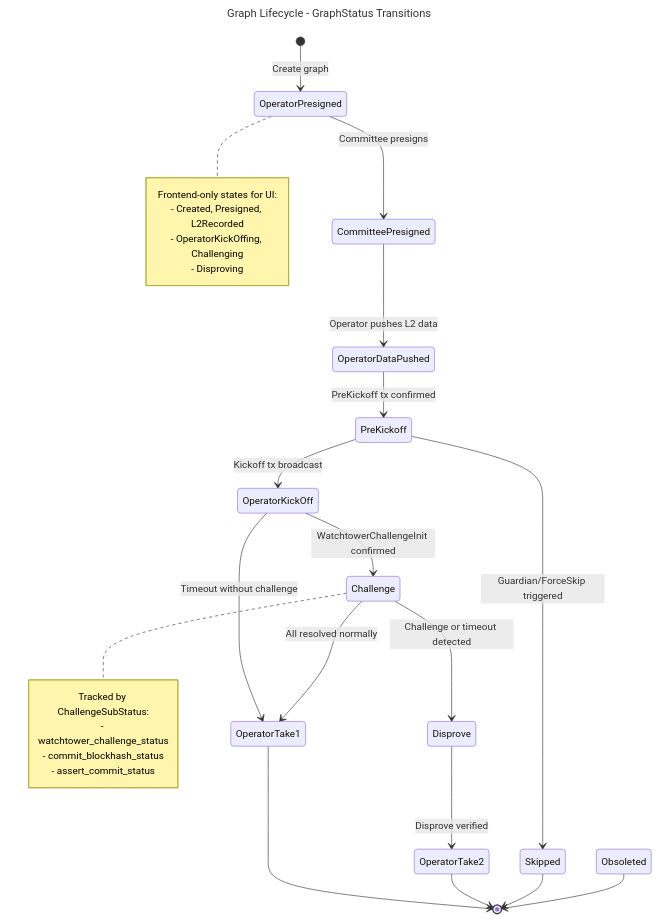
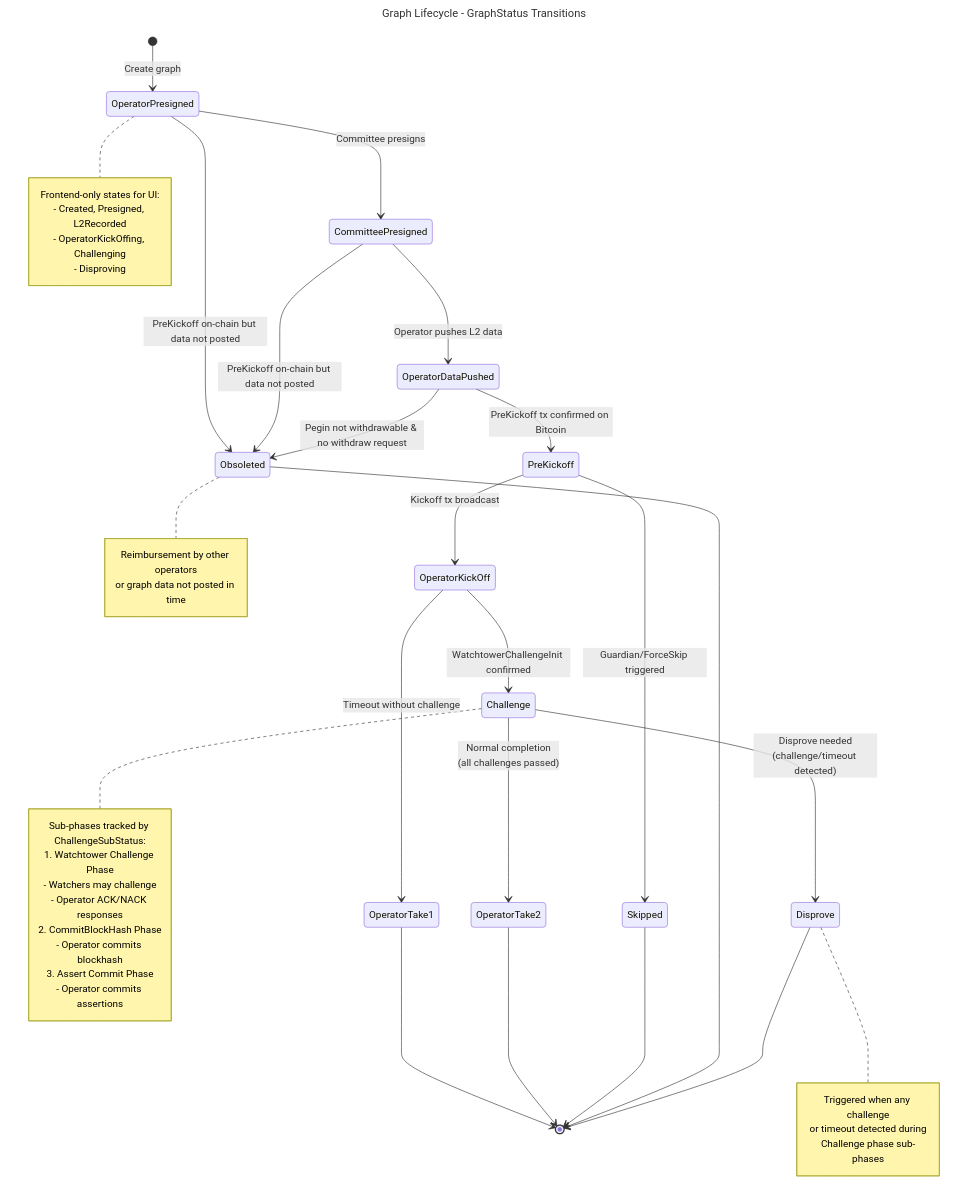
Before and after one commit to GOATNetwork/bitvm2-node: the first of 5 diagrams in node/README.md, drawn with Mermaid. The commit also changed other lines of this file and 2 other files, not shown here.

Commit message:
fix: constrain header chain size to 1

````diff
--- a/node/README.md
+++ b/node/README.md
@@ -17,41 +17,60 @@
 ```mermaid
 ---
 title: Graph Lifecycle - GraphStatus Transitions
 ---
 stateDiagram-v2
     [*] --> OperatorPresigned: Create graph
     
     OperatorPresigned --> CommitteePresigned: Committee presigns
+    OperatorPresigned --> Obsoleted: PreKickoff on-chain but data not posted
+    
     CommitteePresigned --> OperatorDataPushed: Operator pushes L2 data
-    OperatorDataPushed --> PreKickoff: PreKickoff tx confirmed
+    CommitteePresigned --> Obsoleted: PreKickoff on-chain but data not posted
+    
+    OperatorDataPushed --> PreKickoff: PreKickoff tx confirmed on Bitcoin
+    OperatorDataPushed --> Obsoleted: Pegin not withdrawable & no withdraw request
     
     PreKickoff --> OperatorKickOff: Kickoff tx broadcast
     PreKickoff --> Skipped: Guardian/ForceSkip triggered
     
+    OperatorKickOff --> OperatorTake1: Timeout without challenge
     OperatorKickOff --> Challenge: WatchtowerChallengeInit confirmed
-    OperatorKickOff --> OperatorTake1: Timeout without challenge
     
-    Challenge --> Disprove: Challenge or timeout detected
-    Challenge --> OperatorTake1: All resolved normally
-    
-    Disprove --> OperatorTake2: Disprove verified
+    Challenge --> Disprove: Disprove needed<br/>(challenge/timeout detected)
+    Challenge --> OperatorTake2: Normal completion<br/>(all challenges passed)
     
     OperatorTake1 --> [*]
     OperatorTake2 --> [*]
     Skipped --> [*]
     Obsoleted --> [*]
+    Disprove --> [*]
     
     note right of Challenge
-        Tracked by ChallengeSubStatus:
-        - watchtower_challenge_status
-        - commit_blockhash_status
-        - assert_commit_status
+        Sub-phases tracked by ChallengeSubStatus:
+        1. Watchtower Challenge Phase
+           - Watchers may challenge
+           - Operator ACK/NACK responses
+        2. CommitBlockHash Phase
+           - Operator commits blockhash
+        3. Assert Commit Phase
+           - Operator commits assertions
+    end note
+    
+    note right of Disprove
+        Triggered when any challenge
+        or timeout detected during
+        Challenge phase sub-phases
+    end note
+    
+    note right of Obsoleted
+        Reimbursement by other operators
+        or graph data not posted in time
     end note
     
     note right of OperatorPresigned
         Frontend-only states for UI:
         - Created, Presigned, L2Recorded
         - OperatorKickOffing, Challenging
         - Disproving
     end note
 ```
````
